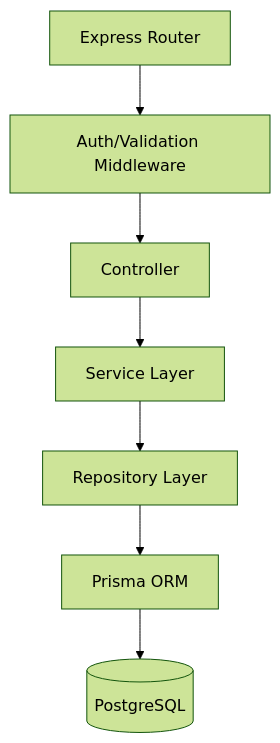
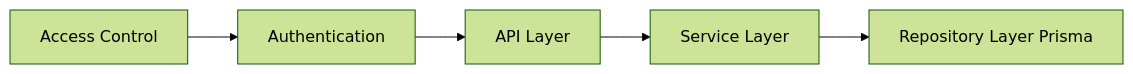
Before and after one commit to s21gem/CRM: the third of 4 diagrams in docs/SYSTEM_ARCHITECTURE.md, drawn with Mermaid (forest theme). The commit also changed other lines of this file and 12 other files, not shown here.

Commit message:
docs(prompt-3): architecture and documentation improvements

````diff
--- a/docs/SYSTEM_ARCHITECTURE.md
+++ b/docs/SYSTEM_ARCHITECTURE.md
@@ -35,9 +67,7 @@
 ```mermaid
-graph TD
-    Router[Express Router] --> Middleware[Auth/Validation Middleware]
-    Middleware --> Controller[Controller]
-    Controller --> Service[Service Layer]
-    Service --> Repository[Repository Layer]
-    Repository --> Prisma[Prisma ORM]
-    Prisma --> DB[(PostgreSQL)]
+graph LR
+    API[API Layer] --> Svc[Service Layer]
+    Svc --> Rep[Repository Layer Prisma]
+    Auth[Authentication] --> API
+    RBAC[Access Control] --> Auth
 ```
````
